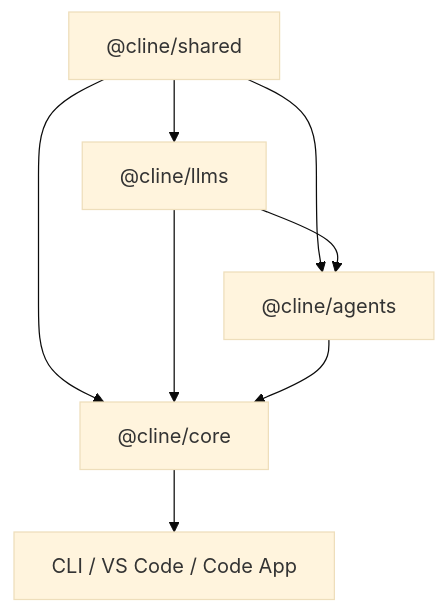
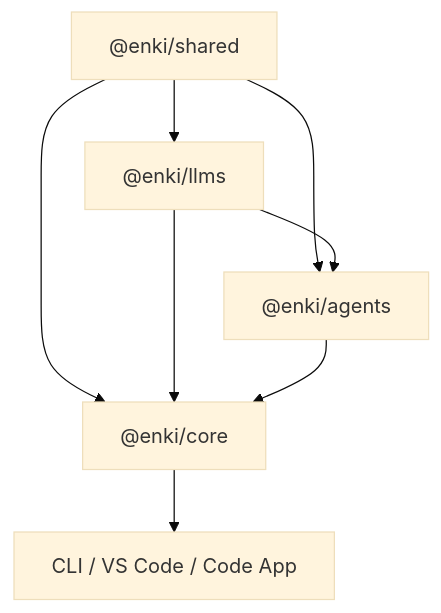
One commit to seclib/Azalea changed the diagram in sdk/AGENTS.md. Above: the diagram before and after it, drawn with Mermaid (base theme). The commit also changed other lines of this file and 1672 other files, not shown here.

````diff
--- a/sdk/AGENTS.md
+++ b/sdk/AGENTS.md
@@ -28,7 +28,7 @@
 ```mermaid
 flowchart TD
-  shared["@cline/shared"] --> llms["@cline/llms"] & agents["@cline/agents"] & core["@cline/core"]
+  shared["@enki/shared"] --> llms["@enki/llms"] & agents["@enki/agents"] & core["@enki/core"]
   llms --> agents & core
   agents --> core
   core --> apps["CLI / VS Code / Code App"]
 ```
````
